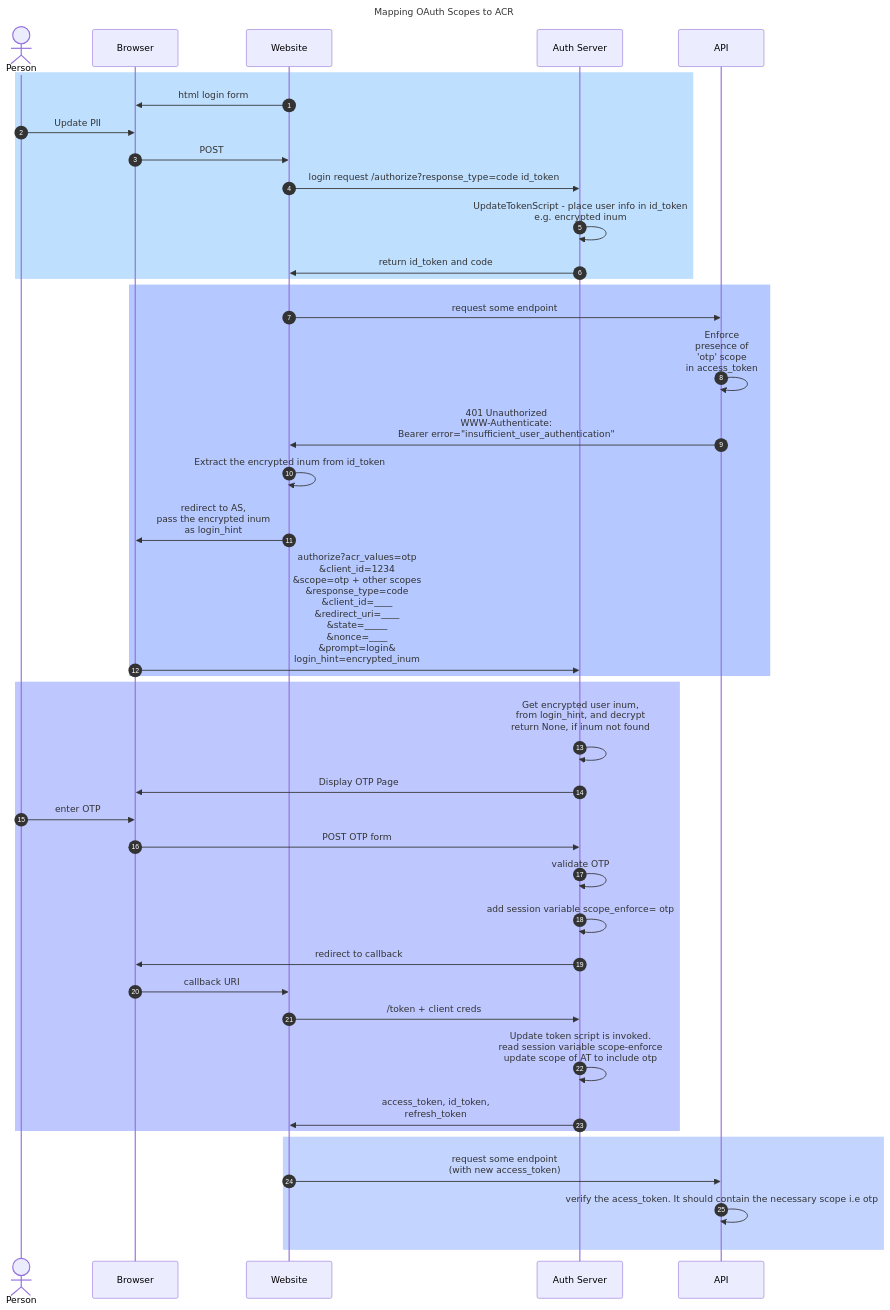
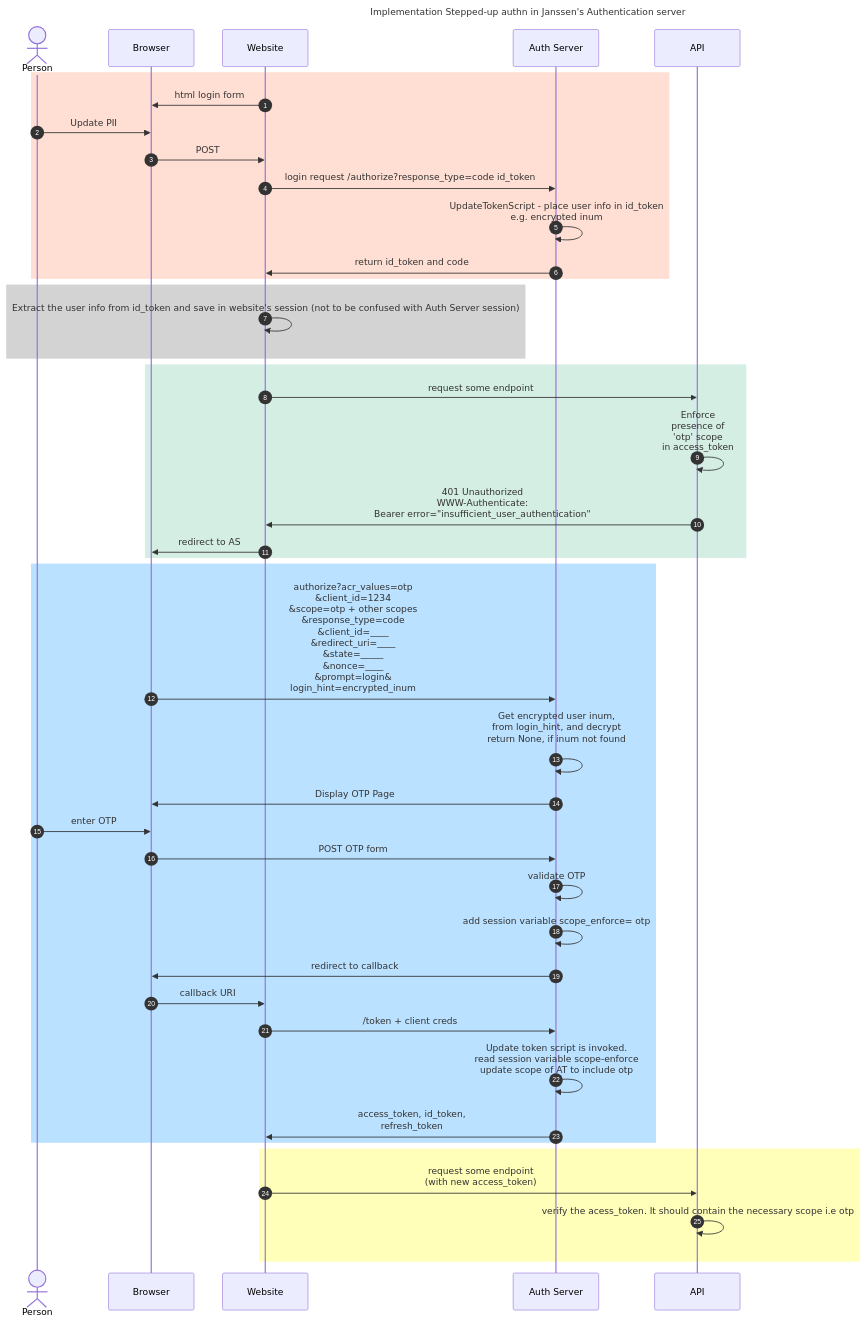
Before and after one commit to JanssenProject/jans: the second of 2 diagrams in docs/admin/recipes/stepped-up-authn.md, drawn with Mermaid. The commit also changed other lines of this file, not shown here.

````diff
--- a/docs/admin/recipes/stepped-up-authn.md
+++ b/docs/admin/recipes/stepped-up-authn.md
@@ -40,47 +49,52 @@
 ```mermaid
 
 sequenceDiagram
-title Mapping OAuth Scopes to ACR
+title Implementation Stepped-up authn in Janssen's Authentication server
 
 actor Person
 participant Browser
 participant Website
 participant Auth Server
 participant API
 autonumber
-rect rgb(191, 223, 255)
+rect rgb(255, 223, 211)
 Website->>Browser: html login form
 Person->>Browser: Update PII
 Browser->>Website: POST 
 Website->>Auth Server: login request /authorize?response_type=code id_token
 Auth Server->> Auth Server: UpdateTokenScript - place user info in id_token <br>e.g. encrypted inum
 Auth Server ->>Website: return id_token and code
 end
-rect rgb(181, 200, 255)
+rect rgb(211,211,211)
+Website->> Website: Extract the user info from id_token and save in website's session (not to be confused with Auth Server session)
+end
+
+rect rgb(212, 238, 227)
 Website->>API: request some endpoint
 API->>API:  Enforce<br> presence of <br> 'otp' scope<br> in  access_token
 API->>Website: 401 Unauthorized<br>WWW-Authenticate: <br>Bearer error="insufficient_user_authentication" 
-Website->>Website: Extract the encrypted inum from id_token
-Website->>Browser:  redirect to AS, <br>pass the encrypted inum <br>as login_hint
+Website->>Browser:  redirect to AS
+end
+
+
+rect rgb(186,225,255)
 Browser->>Auth Server: authorize?acr_values=otp<br>&client_id=1234<br>&scope=otp + other scopes<br>&response_type=code<br>&client_id=____<br>&redirect_uri=____<br>&state=_____<br>&nonce=____<br>&prompt=login&<br>login_hint=encrypted_inum
-end
-rect rgb(190, 200, 255)
 Auth Server->>Auth Server:  Get encrypted user inum,<br>from login_hint, and decrypt<br>return None, if inum not found<br> 
 Auth Server->>Browser:  Display OTP Page
 Person->>Browser:  enter OTP
 Browser->>Auth Server: POST OTP form
 Auth Server->>Auth Server: validate OTP
 Auth Server->>Auth Server: add session variable scope_enforce= otp
 Auth Server->>Browser:  redirect to callback
 Browser->>Website:  callback URI
 Website->>Auth Server: /token + client creds
 Auth Server->>Auth Server:  Update token script is invoked. <br> read session variable scope-enforce <br> update scope of AT to include otp
 Auth Server->>Website: access_token, id_token,<br>refresh_token
 end 
 
-rect rgb(195, 212, 255)
+rect rgb(255,255,186)
 Website->>API:  request some endpoint<br>(with new access_token)
 API->>API:  verify the acess_token. It should contain the necessary scope i.e otp
 end
 
 ```
````
